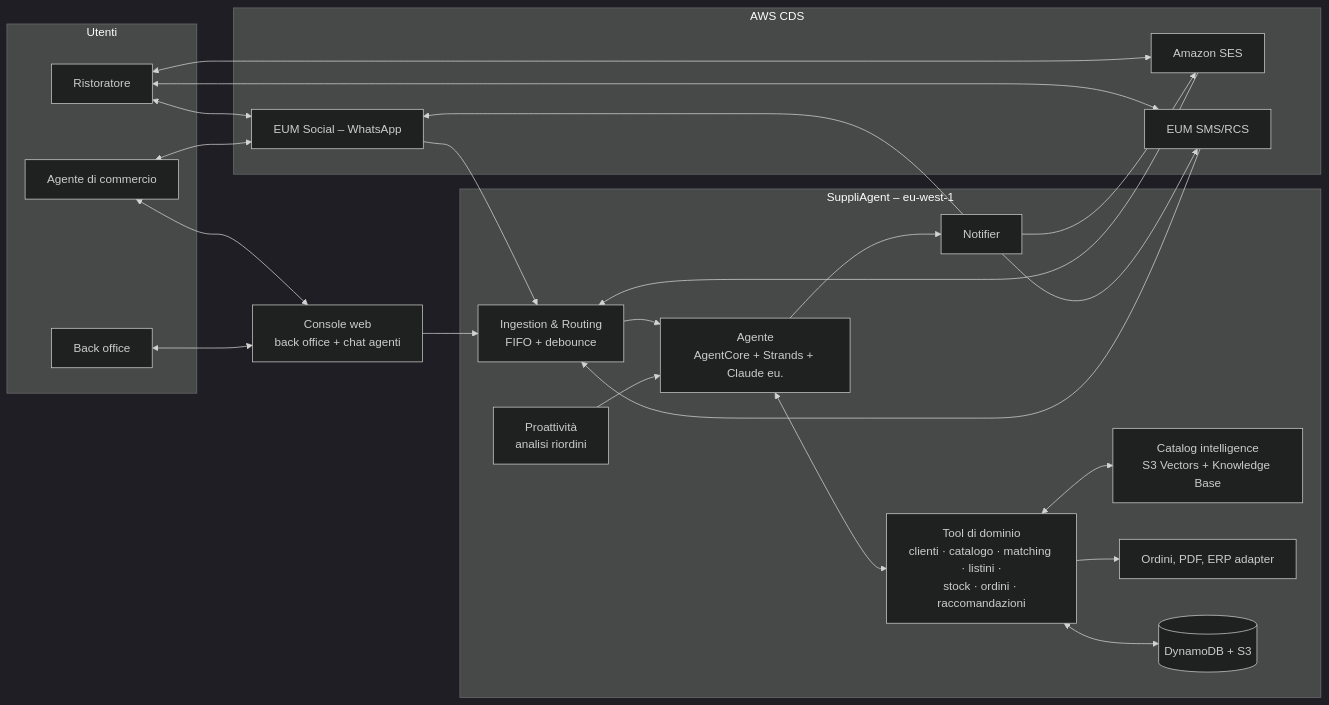
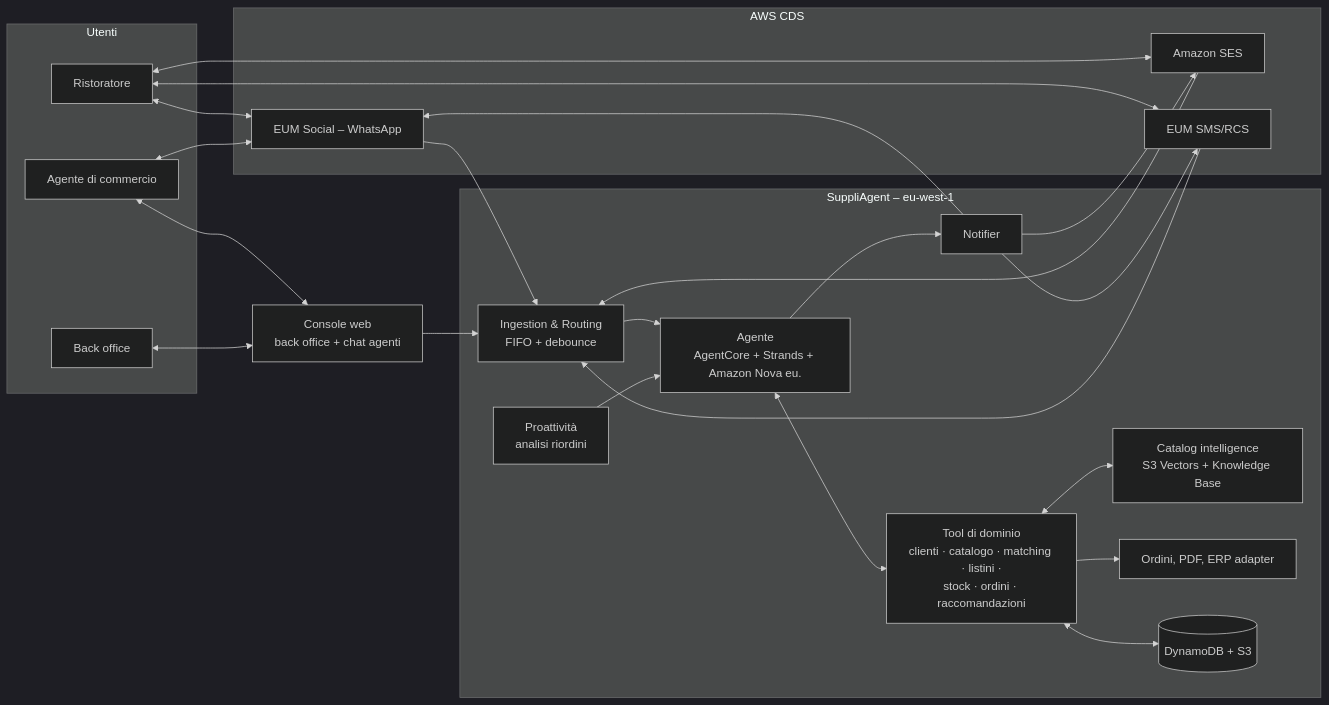
One commit to besharpsrl/aws-cds-hackathon-2026-suppliagent changed the first of 2 diagrams in docs/01_PROJECT_OVERVIEW.md. Above: the diagram before and after it, drawn with Mermaid (dark theme). The commit also changed other lines of this file and 13 other files, not shown here.

First line of the commit message:
docs: switch model to Amazon Nova (eu.) while Claude is unavailable

````diff
--- a/docs/01_PROJECT_OVERVIEW.md
+++ b/docs/01_PROJECT_OVERVIEW.md
@@ -77,45 +77,45 @@
 ```mermaid
 flowchart LR
     subgraph Utenti
         R[Ristoratore]
         A[Agente di commercio]
         BO[Back office]
     end
     subgraph CDS[AWS CDS]
         WA[EUM Social – WhatsApp]
         SES[Amazon SES]
         EUM[EUM SMS/RCS]
     end
     subgraph Core[SuppliAgent – eu-west-1]
         ING[Ingestion & Routing<br/>FIFO + debounce]
-        AG[Agente<br/>AgentCore + Strands + Claude eu.]
+        AG[Agente<br/>AgentCore + Strands + Amazon Nova eu.]
         TOOLS[Tool di dominio<br/>clienti · catalogo · matching · listini ·<br/>stock · ordini · raccomandazioni]
         CAT[Catalog intelligence<br/>S3 Vectors + Knowledge Base]
         ORD[Ordini, PDF, ERP adapter]
         OUT[Notifier]
         PRO[Proattività<br/>analisi riordini]
         DATA[(DynamoDB + S3)]
     end
     CON[Console web<br/>back office + chat agenti]
 
     R <--> WA
     R <--> SES
     R <--> EUM
     A <--> WA
     A <--> CON
     BO <--> CON
     WA --> ING
     SES --> ING
     EUM --> ING
     CON --> ING
     ING --> AG
     AG <--> TOOLS
     TOOLS <--> CAT
     TOOLS <--> DATA
     TOOLS --> ORD
     AG --> OUT
     PRO --> AG
     OUT --> WA
     OUT --> SES
     OUT --> EUM
 ```
````
